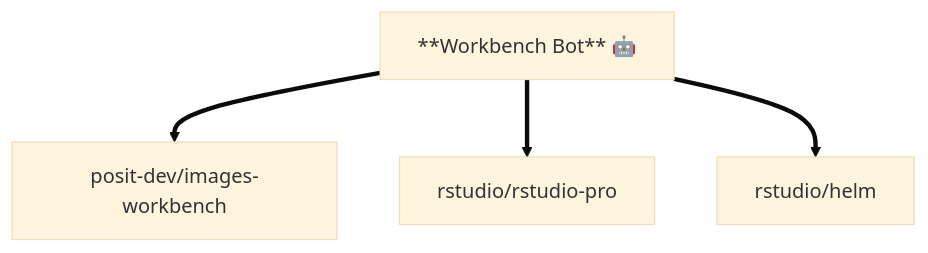
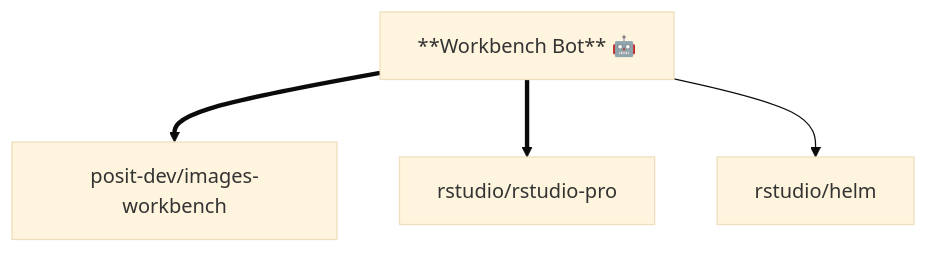
Before and after one commit to posit-dev/images-shared: the third of 5 diagrams in pulumi/github/github-apps/README.md, drawn with Mermaid (base theme). The commit also changed other lines of this file and 3 other files, not shown here.

````diff
--- a/pulumi/github/github-apps/README.md
+++ b/pulumi/github/github-apps/README.md
@@ -72,8 +72,8 @@
 ```mermaid
 graph TD
     BOT["**Workbench Bot** 🤖"]
 
     BOT ==> IW["posit-dev/images-workbench"]
     BOT ==> RSP["rstudio/rstudio-pro"]
-    BOT ==> HELM["rstudio/helm"]
+    BOT --> HELM["rstudio/helm"]
 ```
````
